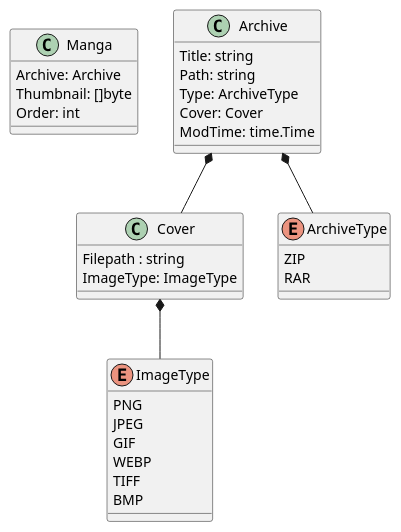
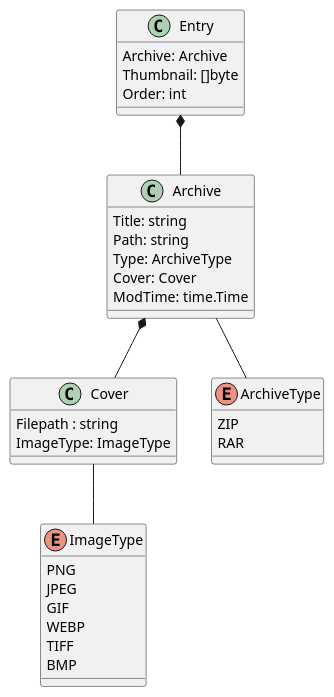
The diagram in docs/storage/Manga.puml (fiwippi/tanuki), drawn with PlantUML before and after one commit. The commit also changed 27 other files, not shown here.

```diff
--- a/docs/storage/Manga.puml
+++ b/docs/storage/Manga.puml
@@ -1,45 +1,47 @@
 @startuml manga
 
 ' TODO: custom cover
 ' TODO: custom metadata
 ' TODO: link to online manga to be downloaded regularly
 
-class Manga {
+class Entry {
     Archive: Archive
     Thumbnail: []byte
     Order: int
 }
 
+Entry *-- Archive
+
 class Cover {
     Filepath : string
     ImageType: ImageType
 }
+
+Cover -- ImageType
 
 enum ImageType{
     PNG
     JPEG
     GIF
     WEBP
     TIFF
     BMP
 }
-
-Cover *-- ImageType
 
 class Archive {
     Title: string
     Path: string
     Type: ArchiveType
     Cover: Cover
     ModTime: time.Time
 }
 
 enum ArchiveType{
     ZIP
     RAR
 }
 
-Archive *-- ArchiveType
+Archive -- ArchiveType
 Archive *-- Cover
 
 @enduml
```
